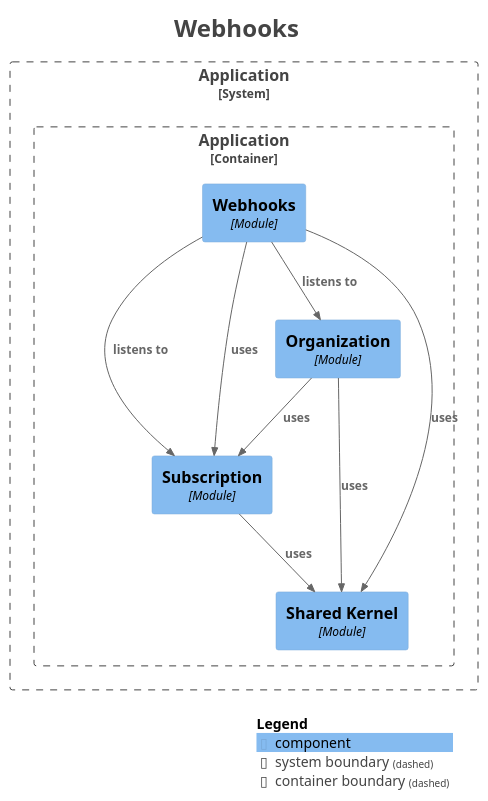
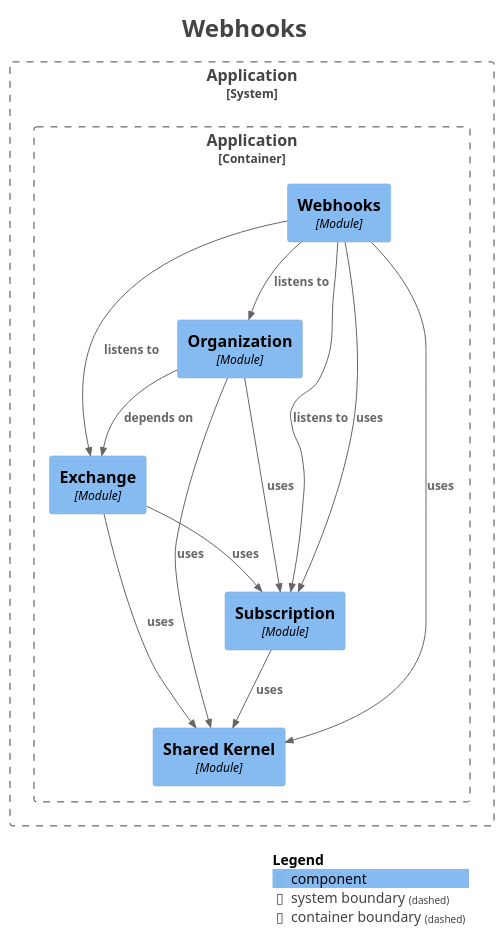
One commit to Paul-Ayesiga/enterprise-modulith-template changed the diagram in docs/modulith/module-webhooks.puml. Above: the diagram before and after it, drawn with PlantUML. The commit also changed 72 other files, not shown here.

```diff
--- a/docs/modulith/module-webhooks.puml
+++ b/docs/modulith/module-webhooks.puml
@@ -1,38 +1,43 @@
 @startuml
 title <size:24>Webhooks</size>
 
 set separator none
 top to bottom direction
 
 <style>
   root {
     BackgroundColor: #ffffff
     FontColor: #444444
   }
 </style>
 
 !include <C4/C4>
 !include <C4/C4_Context>
 !include <C4/C4_Component>
 
 System_Boundary("Application_boundary", "Application", $tags="") {
   Container_Boundary("Application.Application_boundary", "Application", $tags="") {
     Component(Application.Application.Subscription, "Subscription", $techn="Module", $descr="", $tags="", $link="")
+    Component(Application.Application.Exchange, "Exchange", $techn="Module", $descr="", $tags="", $link="")
     Component(Application.Application.Organization, "Organization", $techn="Module", $descr="", $tags="", $link="")
     Component(Application.Application.Webhooks, "Webhooks", $techn="Module", $descr="", $tags="", $link="")
     Component(Application.Application.SharedKernel, "Shared Kernel", $techn="Module", $descr="", $tags="", $link="")
   }
 
 }
 
+Rel(Application.Application.Organization, Application.Application.Exchange, "depends on", $techn="", $tags="", $link="")
 Rel(Application.Application.Organization, Application.Application.SharedKernel, "uses", $techn="", $tags="", $link="")
 Rel(Application.Application.Organization, Application.Application.Subscription, "uses", $techn="", $tags="", $link="")
+Rel(Application.Application.Subscription, Application.Application.SharedKernel, "uses", $techn="", $tags="", $link="")
 Rel(Application.Application.Webhooks, Application.Application.Organization, "listens to", $techn="", $tags="", $link="")
+Rel(Application.Application.Webhooks, Application.Application.Exchange, "listens to", $techn="", $tags="", $link="")
 Rel(Application.Application.Webhooks, Application.Application.Subscription, "listens to", $techn="", $tags="", $link="")
 Rel(Application.Application.Webhooks, Application.Application.SharedKernel, "uses", $techn="", $tags="", $link="")
 Rel(Application.Application.Webhooks, Application.Application.Subscription, "uses", $techn="", $tags="", $link="")
-Rel(Application.Application.Subscription, Application.Application.SharedKernel, "uses", $techn="", $tags="", $link="")
+Rel(Application.Application.Exchange, Application.Application.SharedKernel, "uses", $techn="", $tags="", $link="")
+Rel(Application.Application.Exchange, Application.Application.Subscription, "uses", $techn="", $tags="", $link="")
 
 SHOW_LEGEND(true)
 hide stereotypes
 @enduml
```
